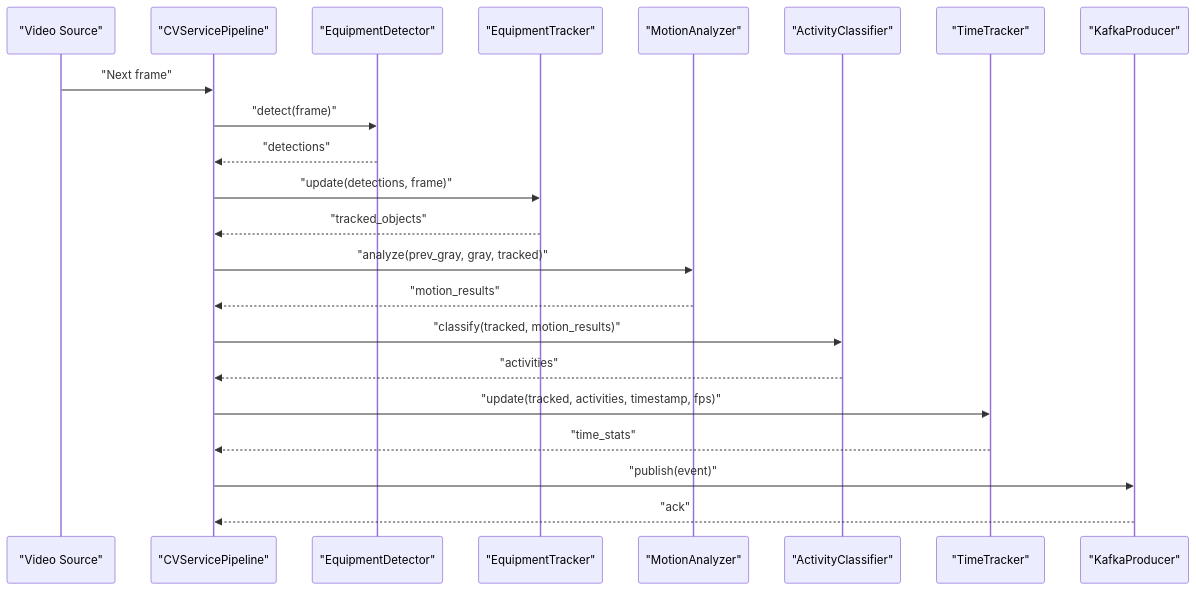
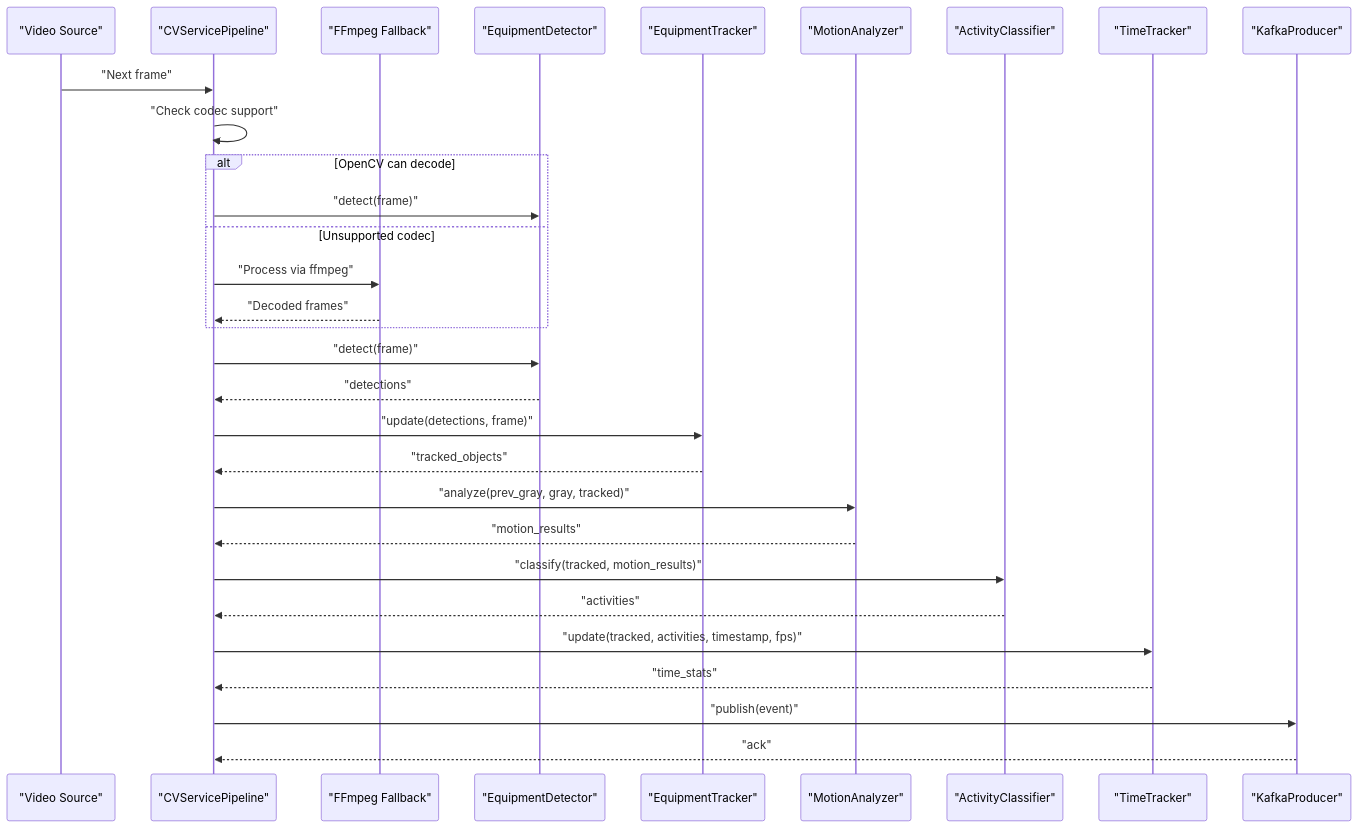
One commit to Azzoz-189/construction-equipment-monitoring changed the second of 6 diagrams in .qoder/repowiki/en/content/Computer Vision Pipeline/Computer Vision Pipeline.md. Above: the diagram before and after it, drawn with Mermaid. The commit also changed other lines of this file and 6 other files, not shown here.

````diff
--- a/.qoder/repowiki/en/content/Computer Vision Pipeline/Computer Vision Pipeline.md
+++ b/.qoder/repowiki/en/content/Computer Vision Pipeline/Computer Vision Pipeline.md
@@ -95,24 +117,32 @@
 ```mermaid
 sequenceDiagram
 participant V as "Video Source"
 participant O as "CVServicePipeline"
+participant FF as "FFmpeg Fallback"
 participant DET as "EquipmentDetector"
 participant TRK as "EquipmentTracker"
 participant MA as "MotionAnalyzer"
 participant AC as "ActivityClassifier"
 participant TT as "TimeTracker"
 participant KP as "KafkaProducer"
 V->>O : "Next frame"
+O->>O : "Check codec support"
+alt OpenCV can decode
+O->>DET : "detect(frame)"
+else Unsupported codec
+O->>FF : "Process via ffmpeg"
+FF-->>O : "Decoded frames"
+end
 O->>DET : "detect(frame)"
 DET-->>O : "detections"
 O->>TRK : "update(detections, frame)"
 TRK-->>O : "tracked_objects"
 O->>MA : "analyze(prev_gray, gray, tracked)"
 MA-->>O : "motion_results"
 O->>AC : "classify(tracked, motion_results)"
 AC-->>O : "activities"
 O->>TT : "update(tracked, activities, timestamp, fps)"
 TT-->>O : "time_stats"
 O->>KP : "publish(event)"
 KP-->>O : "ack"
 ```
````
